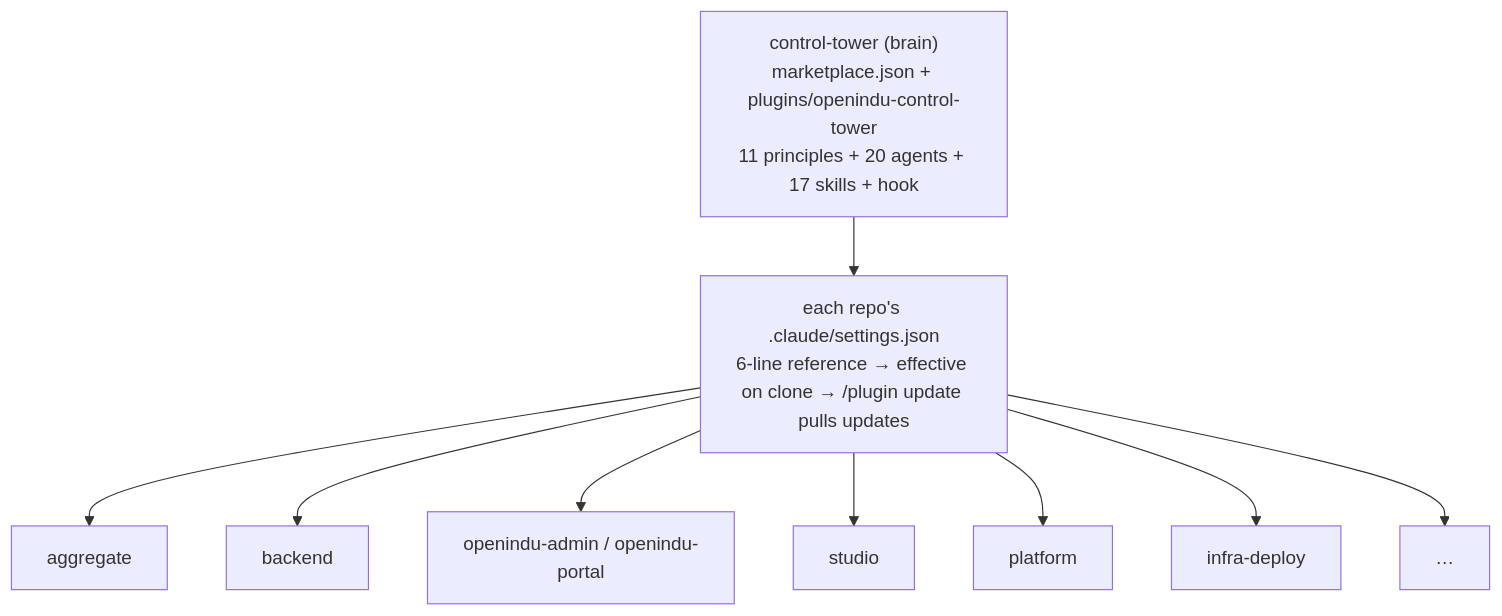
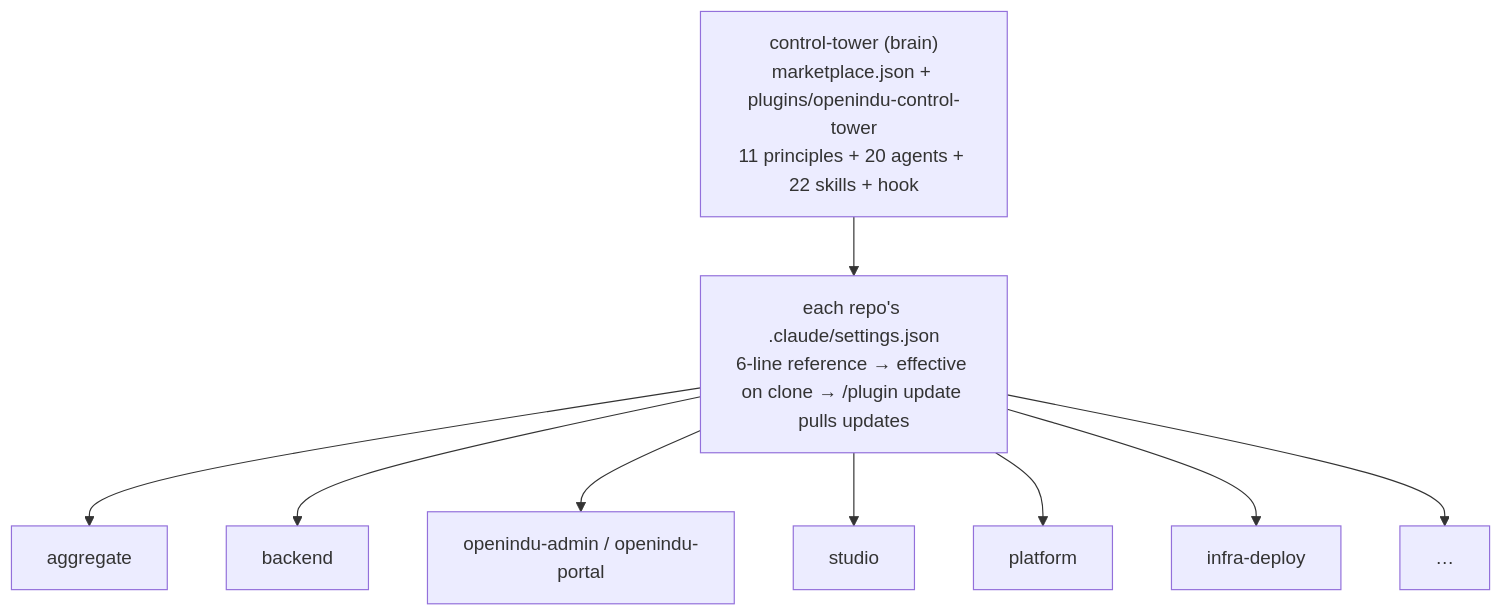
Before and after one commit to openIndu/control-tower: the first of 2 diagrams in AGENTS.md, drawn with Mermaid. The commit also changed other lines of this file and 8 other files, not shown here.

````diff
--- a/AGENTS.md
+++ b/AGENTS.md
@@ -43,13 +43,13 @@
 ```mermaid
 graph TD
-    brain["control-tower (brain)<br/>marketplace.json + plugins/openindu-control-tower<br/>11 principles + 20 agents + 17 skills + hook"]
+    brain["control-tower (brain)<br/>marketplace.json + plugins/openindu-control-tower<br/>11 principles + 20 agents + 22 skills + hook"]
     settings["each repo's .claude/settings.json<br/>6-line reference → effective on clone → /plugin update pulls updates"]
     brain --> settings
     settings --> aggregate
     settings --> backend
     settings --> adminportal["openindu-admin / openindu-portal"]
     settings --> studio
     settings --> platform
     settings --> infra["infra-deploy"]
     settings --> more["…"]
 ```
````
